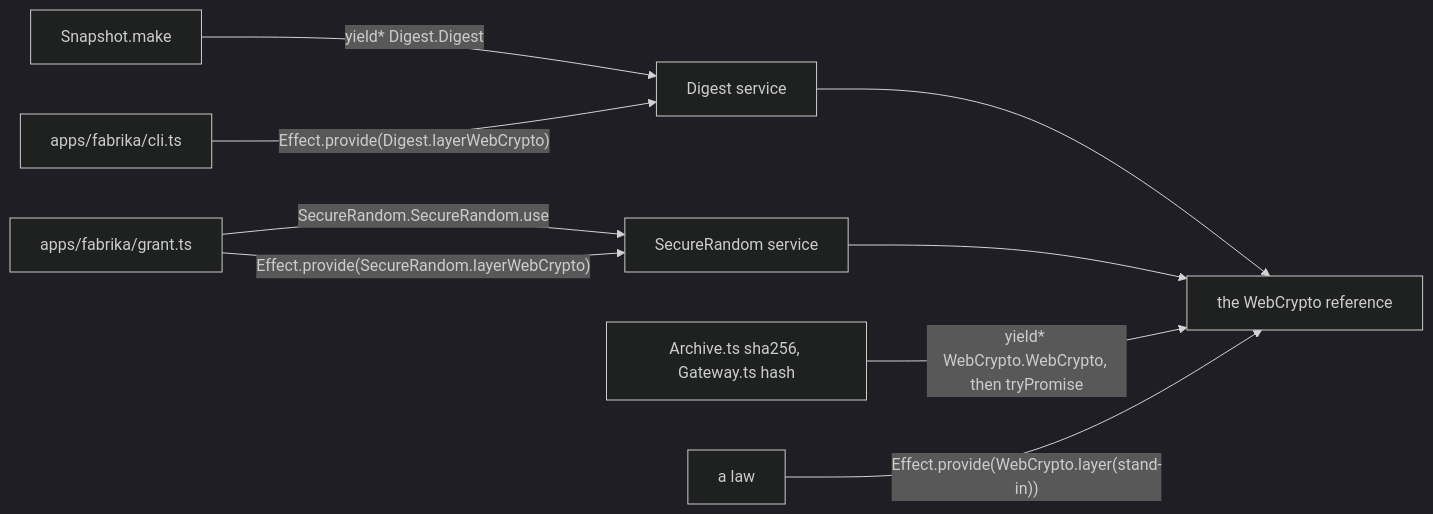
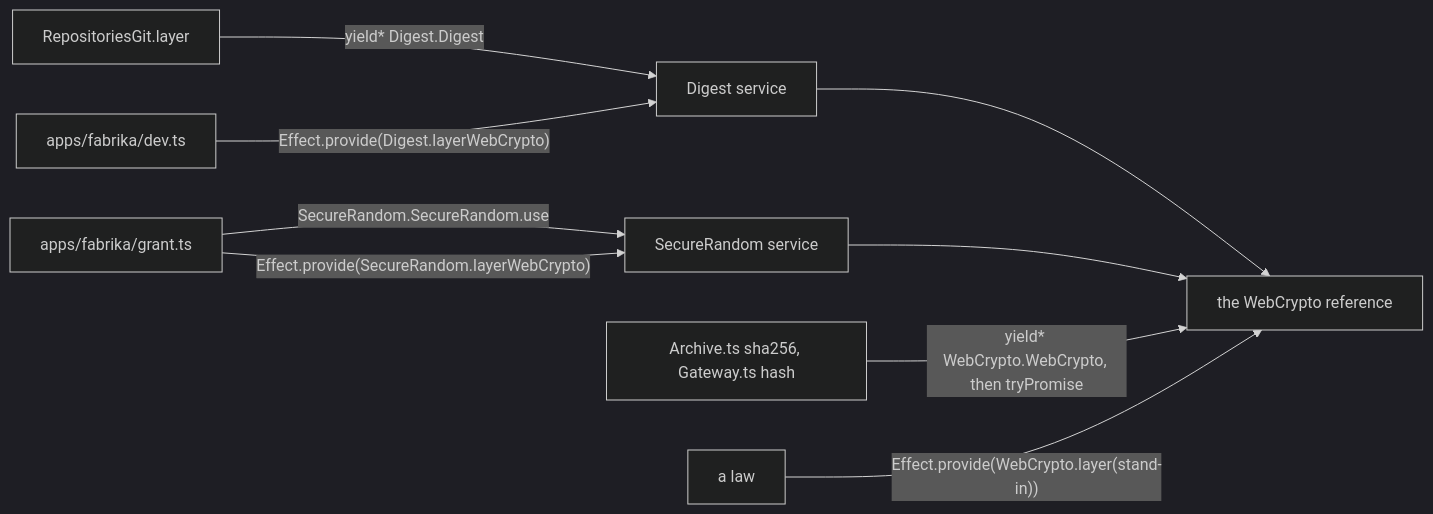
One commit to kamp-us/tea-fabrika changed the diagram in .patterns/effect-crypto-through-services.md. Above: the diagram before and after it, drawn with Mermaid (dark theme). The commit also changed other lines of this file and 9 other files, not shown here.

````diff
--- a/.patterns/effect-crypto-through-services.md
+++ b/.patterns/effect-crypto-through-services.md
@@ -8,11 +8,11 @@
 ```mermaid
 flowchart LR
-  make["Snapshot.make"] -- "yield* Digest.Digest" --> digest["Digest service"]
-  cli["apps/fabrika/cli.ts"] -- "Effect.provide(Digest.layerWebCrypto)" --> digest
+  make["RepositoriesGit.layer"] -- "yield* Digest.Digest" --> digest["Digest service"]
+  edge["apps/fabrika/dev.ts"] -- "Effect.provide(Digest.layerWebCrypto)" --> digest
   digest --> webcrypto["the WebCrypto reference"]
   grant["apps/fabrika/grant.ts"] -- "SecureRandom.SecureRandom.use" --> random["SecureRandom service"]
   grant -- "Effect.provide(SecureRandom.layerWebCrypto)" --> random
   random --> webcrypto
   sha["Archive.ts sha256, Gateway.ts hash"] -- "yield* WebCrypto.WebCrypto, then tryPromise" --> webcrypto
   law["a law"] -- "Effect.provide(WebCrypto.layer(stand-in))" --> webcrypto
 ```
````
